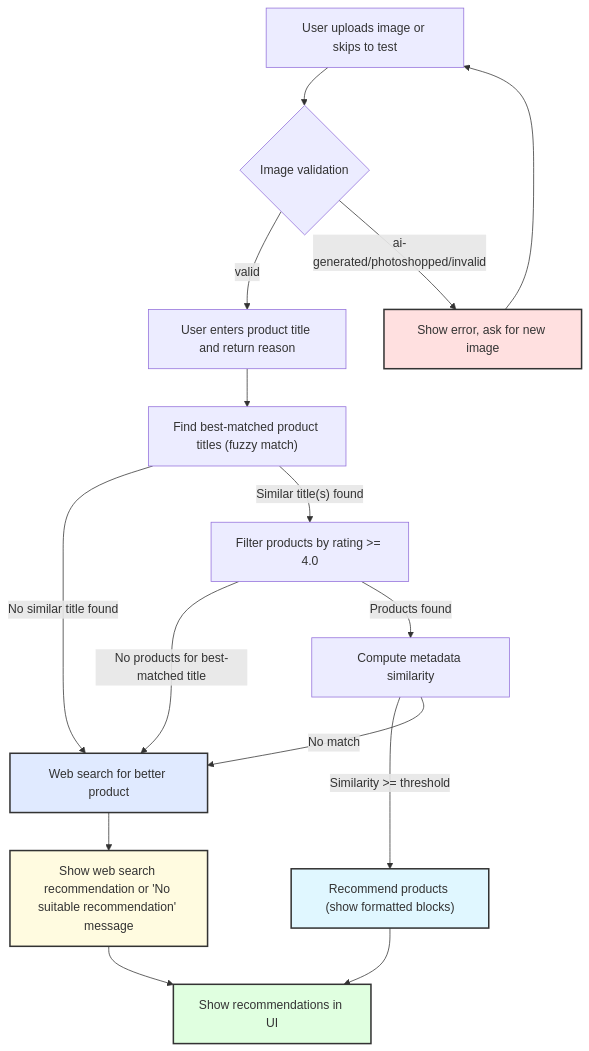
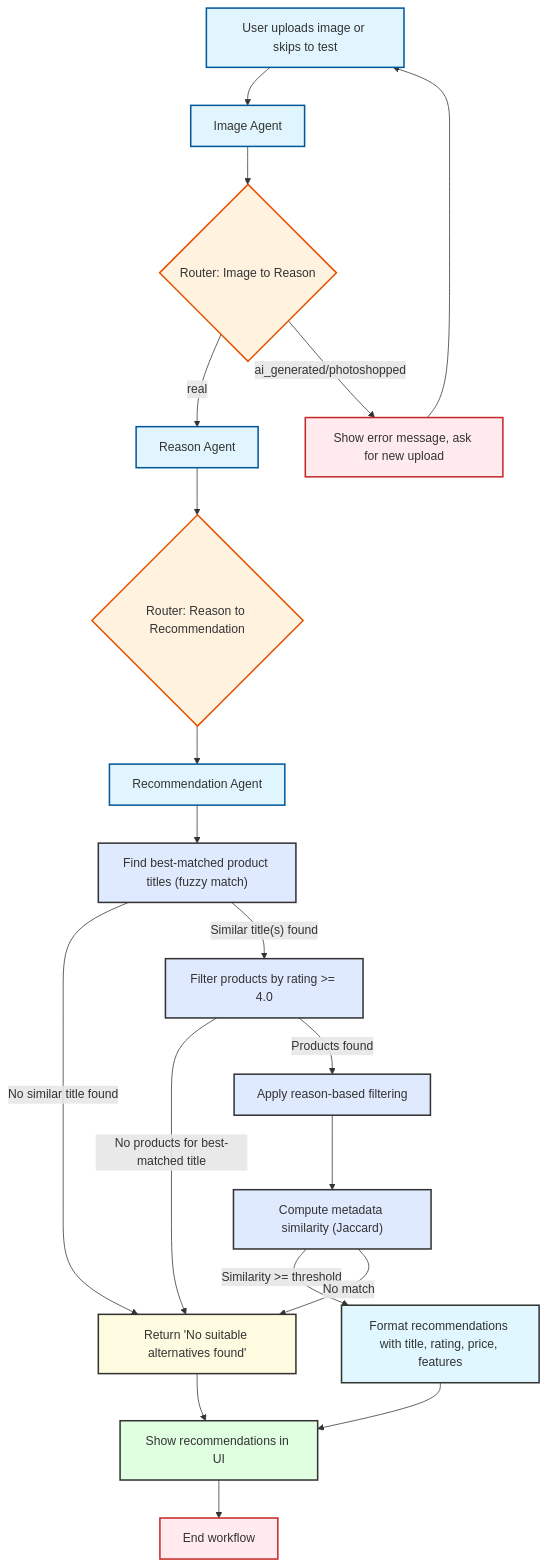
Before and after one commit to Wei-MLE-DS/Product_Replacement_Agent: the diagram in workflow.mmd, drawn with Mermaid. The commit also changed 8 other files, not shown here.

```diff
--- a/workflow.mmd
+++ b/workflow.mmd
@@ -1,20 +1,36 @@
 flowchart TD
-    A["User uploads image or skips to test"] --> B{"Image validation"}
-    B -- "valid" --> C["User enters product title and return reason"]
-    B -- "ai-generated/photoshopped/invalid" --> D["Show error, ask for new image"]
-    C --> E["Find best-matched product titles (fuzzy match)"]
-    E -- "No similar title found" --> W["Web search for better product"]
-    E -- "Similar title(s) found" --> F["Filter products by rating >= 4.0"]
-    F -- "No products for best-matched title" --> W
-    F -- "Products found" --> G["Compute metadata similarity"]
-    G -- "Similarity >= threshold" --> H["Recommend products (show formatted blocks)"]
-    G -- "No match" --> W
-    W --> I["Show web search recommendation or 'No suitable recommendation' message"]
-    H --> J["Show recommendations in UI"]
-    I --> J
-    D --> A
-    style J fill:#e0ffe0,stroke:#333,stroke-width:2px
-    style D fill:#ffe0e0,stroke:#333,stroke-width:2px
-    style H fill:#e0f7ff,stroke:#333,stroke-width:2px
-    style I fill:#fffbe0,stroke:#333,stroke-width:2px
-    style W fill:#e0eaff,stroke:#333,stroke-width:2px 
+    A["User uploads image or skips to test"] --> B["Image Agent"]
+    B --> C{"Router: Image to Reason"}
+    C -- "real" --> D["Reason Agent"]
+    C -- "ai_generated/photoshopped" --> E["Show error message, ask for new upload"]
+    E --> A
+    D --> F{"Router: Reason to Recommendation"}
+    F --> G["Recommendation Agent"]
+    
+    G --> I["Find best-matched product titles (fuzzy match)"]
+    I -- "No similar title found" --> J["Return 'No suitable alternatives found'"]
+    I -- "Similar title(s) found" --> K["Filter products by rating >= 4.0"]
+    K -- "No products for best-matched title" --> J
+    K -- "Products found" --> L["Apply reason-based filtering"]
+    L --> M["Compute metadata similarity (Jaccard)"]
+    M -- "Similarity >= threshold" --> N["Format recommendations with title, rating, price, features"]
+    M -- "No match" --> J
+    N --> O["Show recommendations in UI"]
+    J --> O
+    O --> P["End workflow"]
+    
+    style A fill:#e1f5fe,stroke:#01579b,stroke-width:2px
+    style B fill:#e1f5fe,stroke:#01579b,stroke-width:2px
+    style D fill:#e1f5fe,stroke:#01579b,stroke-width:2px
+    style G fill:#e1f5fe,stroke:#01579b,stroke-width:2px
+    style C fill:#fff3e0,stroke:#e65100,stroke-width:2px
+    style F fill:#fff3e0,stroke:#e65100,stroke-width:2px
+    style E fill:#ffebee,stroke:#c62828,stroke-width:2px
+    style P fill:#ffebee,stroke:#c62828,stroke-width:2px
+    style O fill:#e0ffe0,stroke:#333,stroke-width:2px
+    style N fill:#e0f7ff,stroke:#333,stroke-width:2px
+    style J fill:#fffbe0,stroke:#333,stroke-width:2px
+    style I fill:#e0eaff,stroke:#333,stroke-width:2px
+    style K fill:#e0eaff,stroke:#333,stroke-width:2px
+    style L fill:#e0eaff,stroke:#333,stroke-width:2px
+    style M fill:#e0eaff,stroke:#333,stroke-width:2px
```
